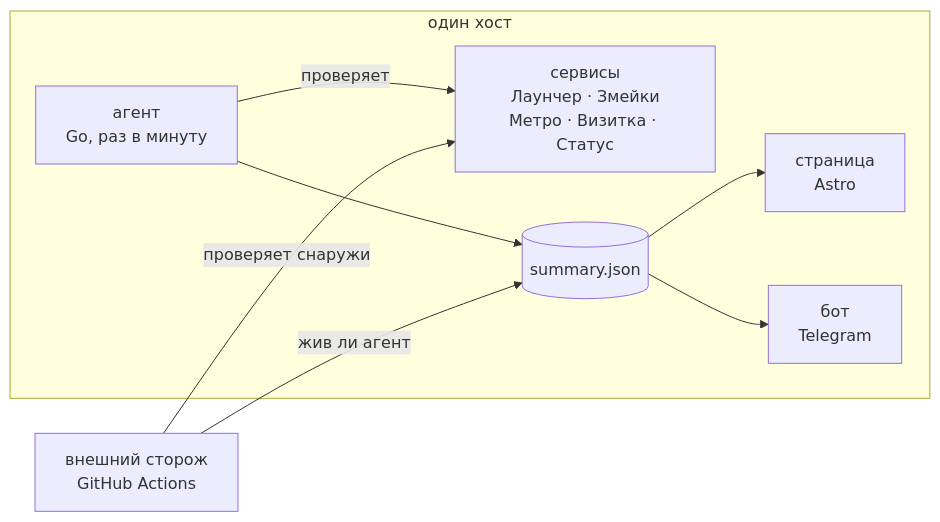
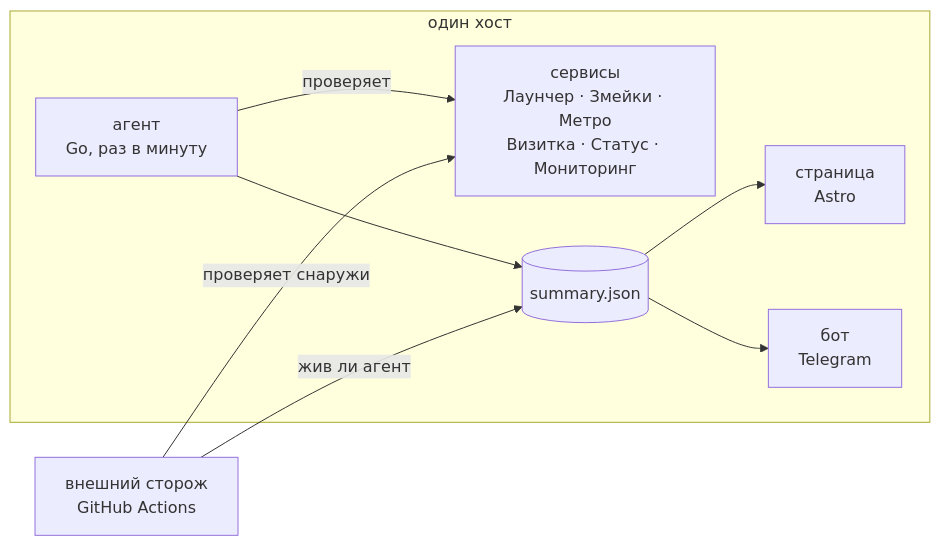
The diagram in README.md (tr0llex/Samoy.love-Status), drawn with Mermaid before and after one commit. The commit also changed other lines of this file and 3 other files, not shown here.

````diff
--- a/README.md
+++ b/README.md
@@ -24,17 +24,17 @@
 ```mermaid
 flowchart LR
     subgraph host["один хост"]
-        svc["сервисы<br/>Лаунчер · Змейки<br/>Метро · Визитка · Статус"]
+        svc["сервисы<br/>Лаунчер · Змейки · Метро<br/>Визитка · Статус · Мониторинг"]
         agent["агент<br/>Go, раз в минуту"]
         json[("summary.json")]
         page["страница<br/>Astro"]
         bot["бот<br/>Telegram"]
         agent -->|проверяет| svc
         agent --> json
         json --> page
         json --> bot
     end
     watch["внешний сторож<br/>GitHub Actions"]
     watch -->|проверяет снаружи| svc
     watch -->|жив ли агент| json
 ```
````
